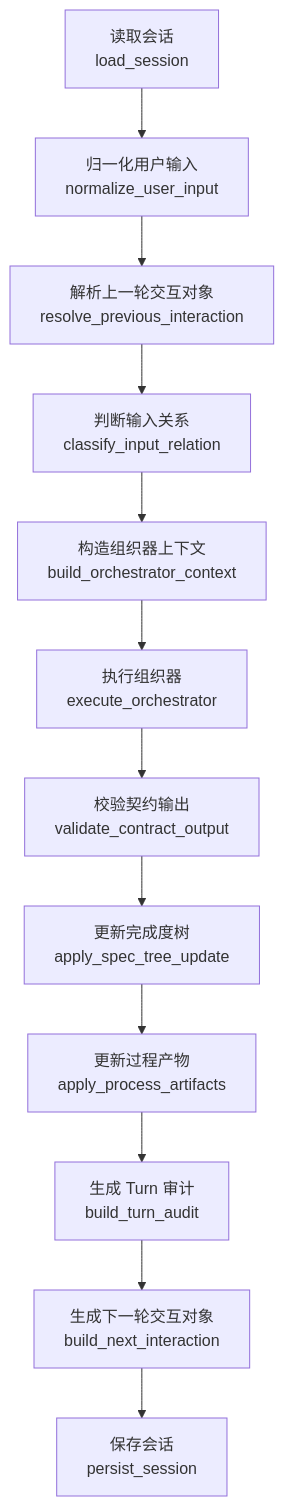
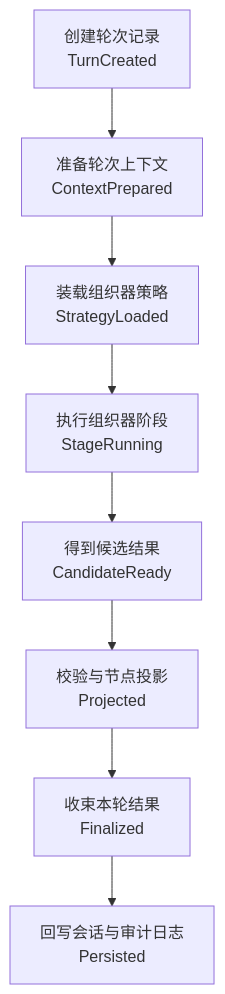
Before and after one commit to wgwtest/CodeFactoryV2: diagram 14 of 18 in DOC/CODEX_DOC/02_设计说明/P2_需求分析系统/P2-需求分析系统设计.md, drawn with Mermaid. The commit also changed other lines of this file, not shown here.

````diff
--- a/DOC/CODEX_DOC/02_设计说明/P2_需求分析系统/P2-需求分析系统设计.md
+++ b/DOC/CODEX_DOC/02_设计说明/P2_需求分析系统/P2-需求分析系统设计.md
@@ -977,17 +1390,13 @@
 ```mermaid
 flowchart TB
-  A["读取会话<br/>load_session"]
-  B["归一化用户输入<br/>normalize_user_input"]
-  C["解析上一轮交互对象<br/>resolve_previous_interaction"]
-  D["判断输入关系<br/>classify_input_relation"]
-  E["构造组织器上下文<br/>build_orchestrator_context"]
-  F["执行组织器<br/>execute_orchestrator"]
-  G["校验契约输出<br/>validate_contract_output"]
-  H["更新完成度树<br/>apply_spec_tree_update"]
-  I["更新过程产物<br/>apply_process_artifacts"]
-  J["生成 Turn 审计<br/>build_turn_audit"]
-  K["生成下一轮交互对象<br/>build_next_interaction"]
-  L["保存会话<br/>persist_session"]
+  A["创建轮次记录<br/>TurnCreated"]
+  B["准备轮次上下文<br/>ContextPrepared"]
+  C["装载组织器策略<br/>StrategyLoaded"]
+  D["执行组织器阶段<br/>StageRunning"]
+  E["得到候选结果<br/>CandidateReady"]
+  F["校验与节点投影<br/>Projected"]
+  G["收束本轮结果<br/>Finalized"]
+  H["回写会话与审计日志<br/>Persisted"]
 
-  A --> B --> C --> D --> E --> F --> G --> H --> I --> J --> K --> L
+  A --> B --> C --> D --> E --> F --> G --> H
 ```
````
